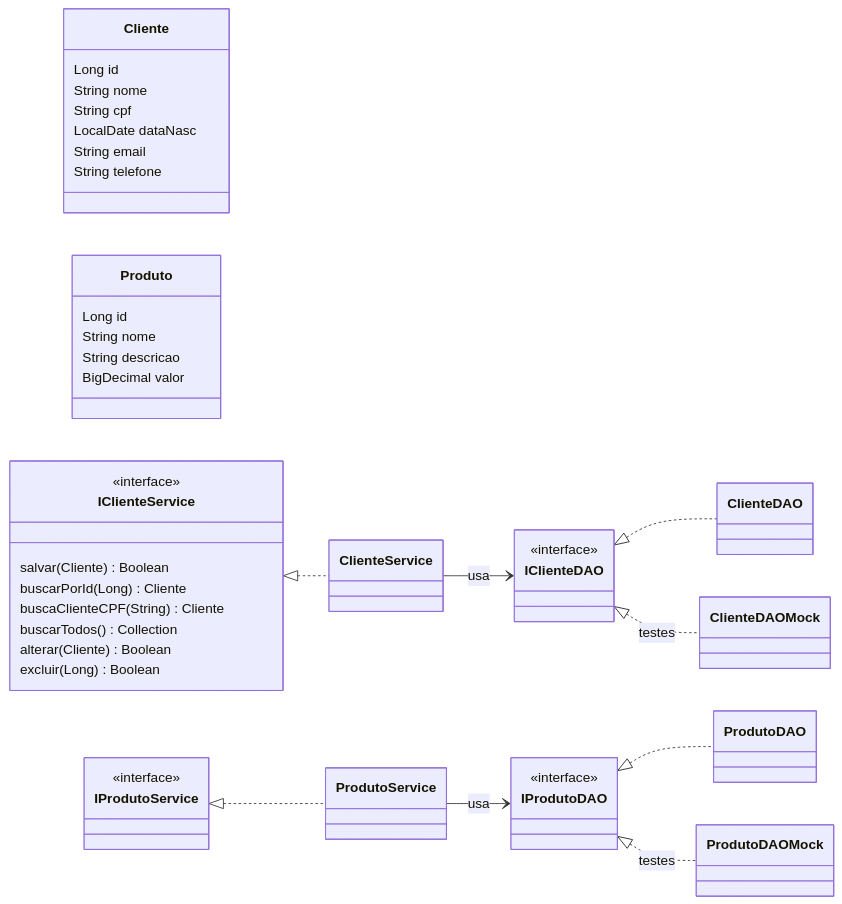
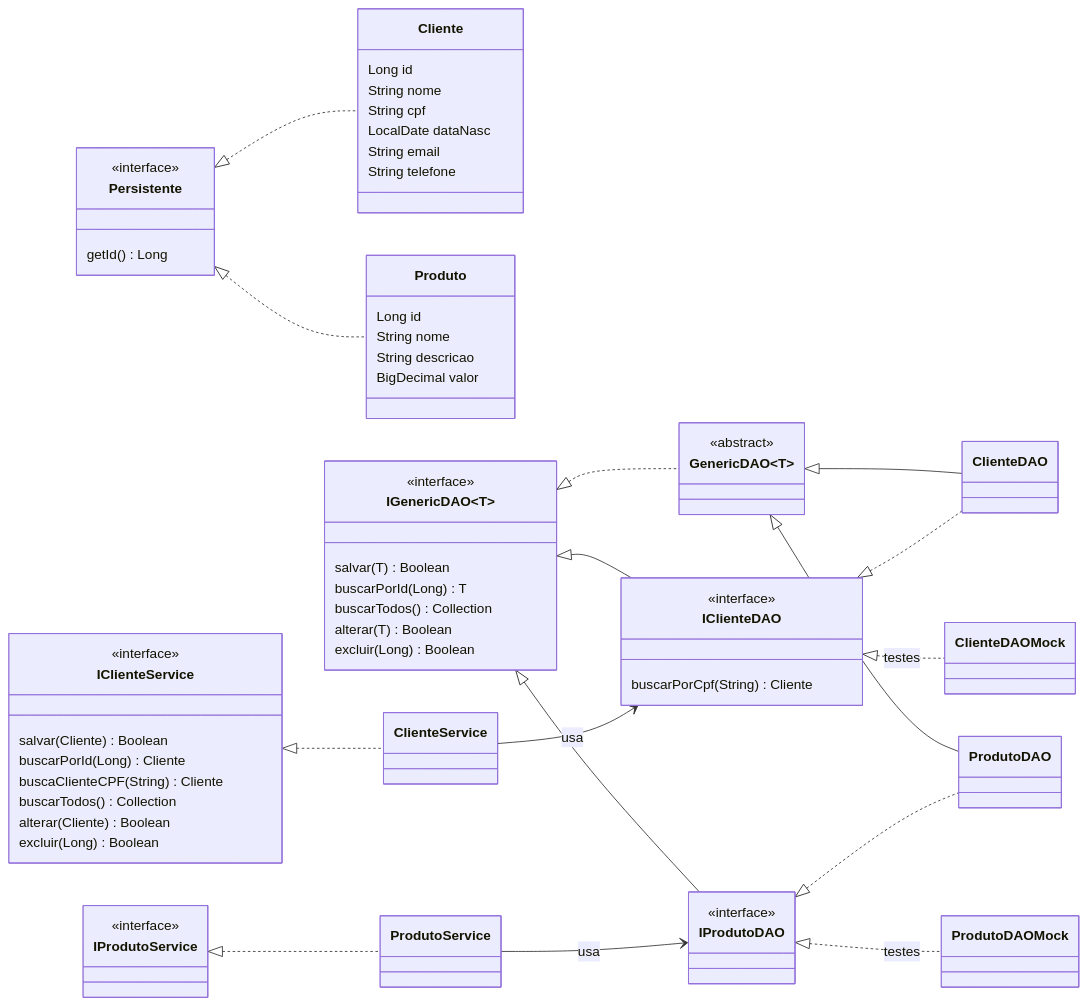
Before and after one commit to gabedossa/mod_25_projeto_2: the diagram in README.md, drawn with Mermaid. The commit also changed other lines of this file, not shown here.

Commit message:
Atualiza README com o pacote generics e a contagem de testes

````diff
--- a/README.md
+++ b/README.md
@@ -34,46 +34,70 @@
 ```mermaid
 classDiagram
     direction LR
     class Cliente {
         Long id
         String nome
         String cpf
         LocalDate dataNasc
         String email
         String telefone
     }
     class Produto {
         Long id
         String nome
         String descricao
         BigDecimal valor
     }
     class IClienteService {
         <<interface>>
         salvar(Cliente) Boolean
         buscarPorId(Long) Cliente
         buscaClienteCPF(String) Cliente
         buscarTodos() Collection
         alterar(Cliente) Boolean
         excluir(Long) Boolean
     }
+    class Persistente {
+        <<interface>>
+        getId() Long
+    }
+    class IGenericDAO~T~ {
+        <<interface>>
+        salvar(T) Boolean
+        buscarPorId(Long) T
+        buscarTodos() Collection
+        alterar(T) Boolean
+        excluir(Long) Boolean
+    }
+    class GenericDAO~T~ {
+        <<abstract>>
+    }
     class IClienteDAO {
         <<interface>>
+        buscarPorCpf(String) Cliente
     }
     class IProdutoService {
         <<interface>>
     }
     class IProdutoDAO {
         <<interface>>
     }
+
+    Persistente <|.. Cliente
+    Persistente <|.. Produto
+    IGenericDAO <|.. GenericDAO
+    IGenericDAO <|-- IClienteDAO
+    IGenericDAO <|-- IProdutoDAO
+    GenericDAO <|-- ClienteDAO
+    GenericDAO <|-- ProdutoDAO
 
     IClienteService <|.. ClienteService
     ClienteService --> IClienteDAO : usa
     IClienteDAO <|.. ClienteDAO
     IClienteDAO <|.. ClienteDAOMock : testes
 
     IProdutoService <|.. ProdutoService
     ProdutoService --> IProdutoDAO : usa
     IProdutoDAO <|.. ProdutoDAO
     IProdutoDAO <|.. ProdutoDAOMock : testes
 ```
````
